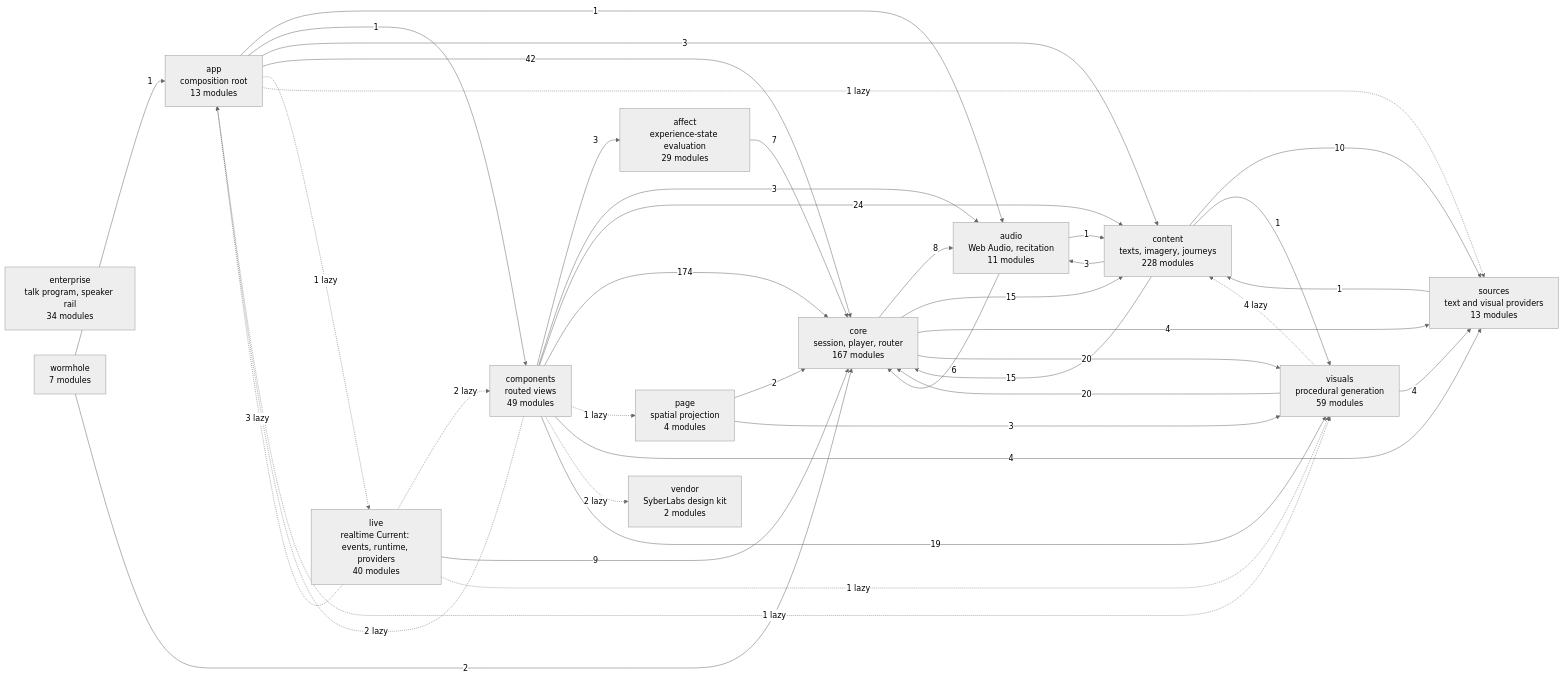
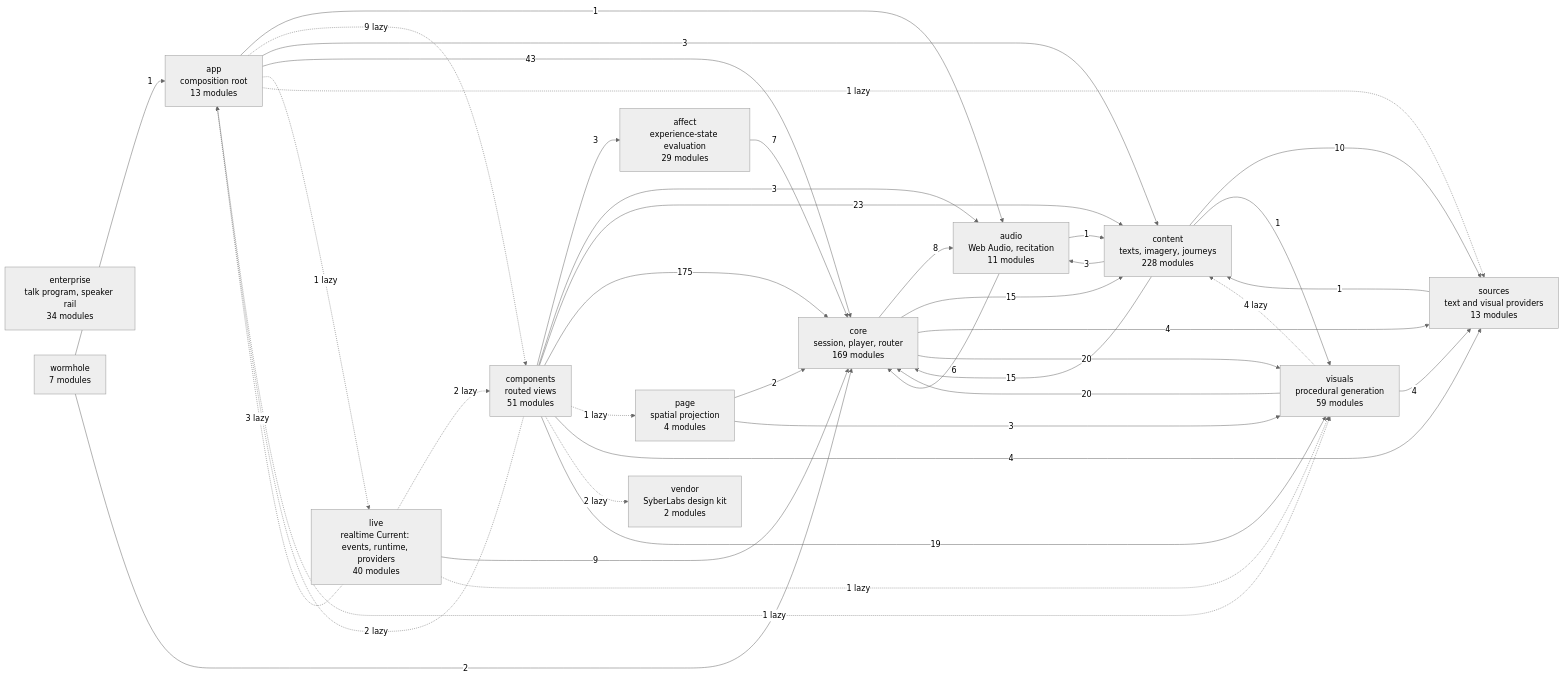
One commit to SyberLabs/RISE changed the diagram in docs/specs/ARCHITECTURE.md. Above: the diagram before and after it, drawn with Mermaid (neutral theme). The commit also changed other lines of this file and 333 other files, not shown here.

First line of the commit message:
[HIGH PRIORITY · Fable] RISE architecture redesign: three constraints, five layers, five rooms (#377)

````diff
--- a/docs/specs/ARCHITECTURE.md
+++ b/docs/specs/ARCHITECTURE.md
@@ -160,56 +154,56 @@
 ```mermaid
 flowchart LR
     affect["affect<br/>experience-state evaluation<br/>29 modules"]
     app["app<br/>composition root<br/>13 modules"]
     audio["audio<br/>Web Audio, recitation<br/>11 modules"]
-    components["components<br/>routed views<br/>49 modules"]
+    components["components<br/>routed views<br/>51 modules"]
     content["content<br/>texts, imagery, journeys<br/>228 modules"]
-    core["core<br/>session, player, router<br/>167 modules"]
+    core["core<br/>session, player, router<br/>169 modules"]
     enterprise["enterprise<br/>talk program, speaker rail<br/>34 modules"]
     live["live<br/>realtime Current: events, runtime, providers<br/>40 modules"]
     page["page<br/>spatial projection<br/>4 modules"]
     sources["sources<br/>text and visual providers<br/>13 modules"]
     vendor["vendor<br/>SyberLabs design kit<br/>2 modules"]
     visuals["visuals<br/>procedural generation<br/>59 modules"]
     wormhole["wormhole<br/>7 modules"]
 
     affect --> |7| core
     app --> |1| audio
-    app --> |1| components
+    app -.-> |9 lazy| components
     app --> |3| content
-    app --> |42| core
+    app --> |43| core
     app -.-> |1 lazy| live
     app -.-> |1 lazy| sources
     app -.-> |1 lazy| visuals
     audio --> |1| content
     audio --> |6| core
     components --> |3| affect
     components -.-> |2 lazy| app
     components --> |3| audio
-    components --> |24| content
-    components --> |174| core
+    components --> |23| content
+    components --> |175| core
     components -.-> |1 lazy| page
     components --> |4| sources
     components -.-> |2 lazy| vendor
     components --> |19| visuals
     content --> |3| audio
     content --> |15| core
     content --> |10| sources
     content --> |1| visuals
     core --> |8| audio
     core --> |15| content
     core --> |4| sources
     core --> |20| visuals
     live -.-> |3 lazy| app
     live -.-> |2 lazy| components
     live --> |9| core
     live -.-> |1 lazy| visuals
     page --> |2| core
     page --> |3| visuals
     sources --> |1| content
     visuals -.-> |4 lazy| content
     visuals --> |20| core
     visuals --> |4| sources
     wormhole --> |1| app
     wormhole --> |2| core
 ```
````
